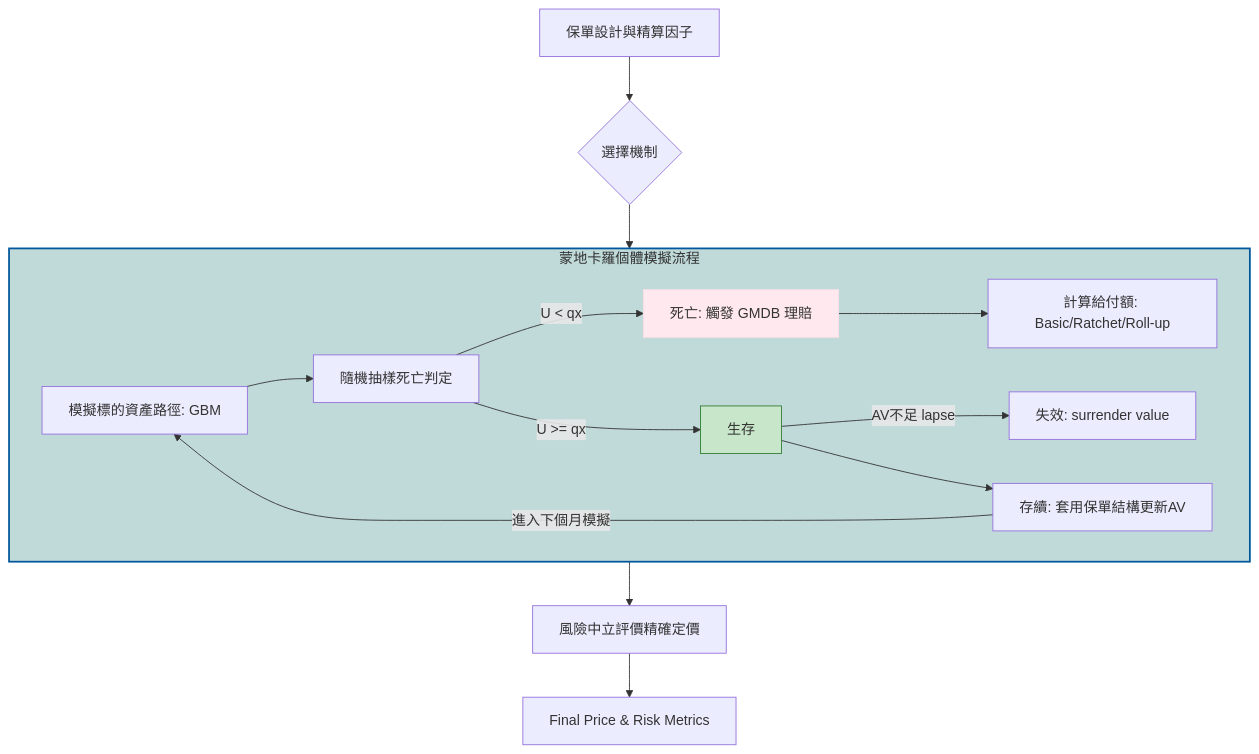
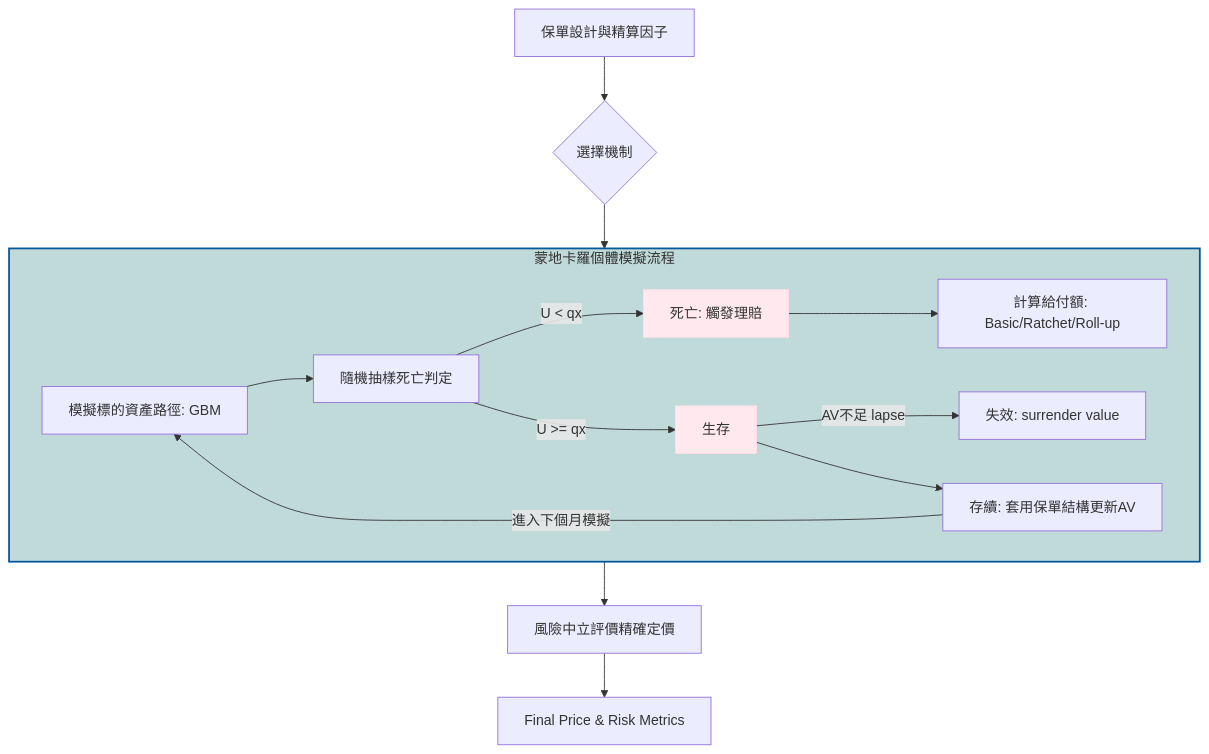
One commit to Kai-Yun-Chang/--Simulation-Python changed the diagram in README.md. Above: the diagram before and after it, drawn with Mermaid.

````diff
--- a/README.md
+++ b/README.md
@@ -26,25 +26,24 @@
 ```mermaid
 graph TD
     %% 主流程
     Input[保單設計與精算因子] --> Mechanism{選擇機制}
     Mechanism --> Simulation[蒙地卡羅模擬流程]
     Simulation --> Risk-neutral[風險中立評價精確定價]
     Risk-neutral --> Result[Final Price & Risk Metrics]
 
     %% 蒙地卡羅詳細步驟 (子圖)
     subgraph Simulation [蒙地卡羅個體模擬流程]
         S1[模擬標的資產路徑: GBM] --> S2[隨機抽樣死亡判定]
-        S2 -->|U < qx| Dead[死亡: 觸發 GMDB 理賠]
+        S2 -->|U < qx| Dead[死亡: 觸發理賠]
         S2 -->|U >= qx| Alive[生存]
         Alive --> |AV不足 lapse| Lapse[失效: surrender value]
         Alive --> S4[存續: 套用保單結構更新AV]
         Dead --> S3[計算給付額: Basic/Ratchet/Roll-up]
         
         S4 -->|進入下個月模擬| S1
     end
 
     style Dead fill:#ffe9ef,stroke:#ffdee7
-    style Alive fill:#c8e6c9,stroke:#2e7d32
-    %% 樣式設定
+    style Alive fill:#ffe9ef,stroke:#ffdee7
     style Simulation fill:#c0d9d9,stroke:#01579b,stroke-width:2px
 ```
````
